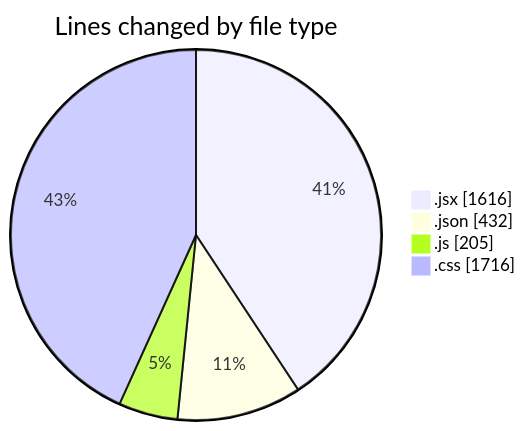
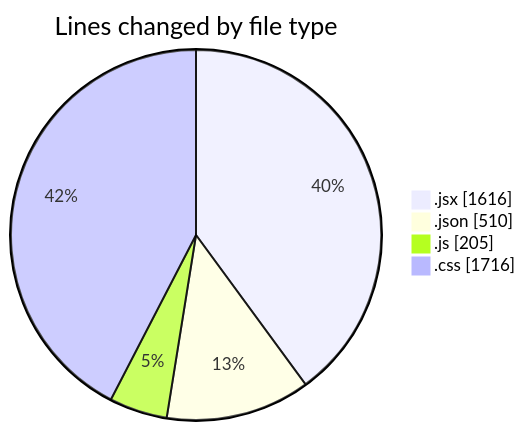
The first of 2 diagrams in 2025-05-04/project/README.md (BS-eng2023/code-tracking), drawn with Mermaid before and after one commit. The commit also changed other lines of this file and 1 other file, not shown here.

````diff
--- a/2025-05-04/project/README.md
+++ b/2025-05-04/project/README.md
@@ -40,8 +40,8 @@
 ```mermaid
 pie showData
 title Lines changed by file type
 ".jsx" : 1616
-".json" : 432
+".json" : 510
 ".js" : 205
 ".css" : 1716
 ```
````
